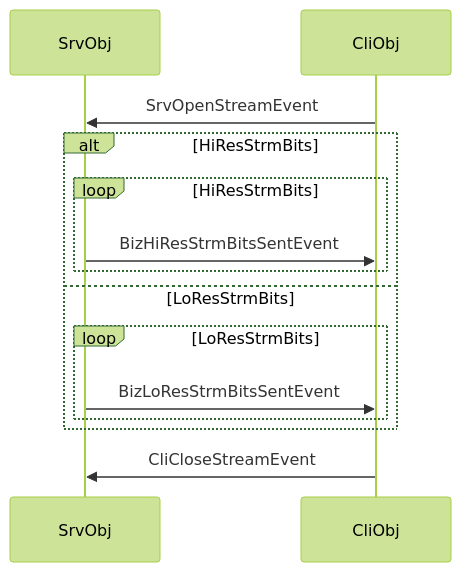
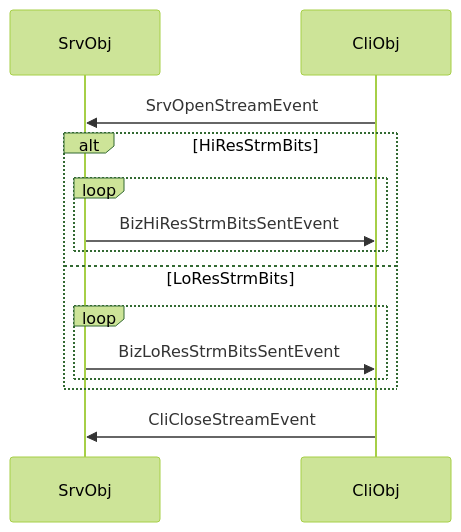
Before and after one commit to EnigmaWU/MyIOC_inTDD_withGHC: the fifth of 7 diagrams in Test/UT_ConlesEventDemoLiveCam.md, drawn with Mermaid (forest theme). The commit also changed 1 other file, not shown here.

Commit message:
[WIP] UT_ConlesEventDemoLiveCam

````diff
--- a/Test/UT_ConlesEventDemoLiveCam.md
+++ b/Test/UT_ConlesEventDemoLiveCam.md
@@ -81,18 +81,18 @@
 ```mermaid
 sequenceDiagram
     participant SrvObj
     participant CliObj
 
     CliObj->>SrvObj: SrvOpenStreamEvent
     alt HiResStrmBits
-        loop HiResStrmBits
+        loop 
             SrvObj->>CliObj: BizHiResStrmBitsSentEvent
         end
     else LoResStrmBits
-        loop LoResStrmBits
+        loop 
             SrvObj->>CliObj: BizLoResStrmBitsSentEvent
         end
     end
 
     CliObj->>SrvObj: CliCloseStreamEvent
 ```
````
